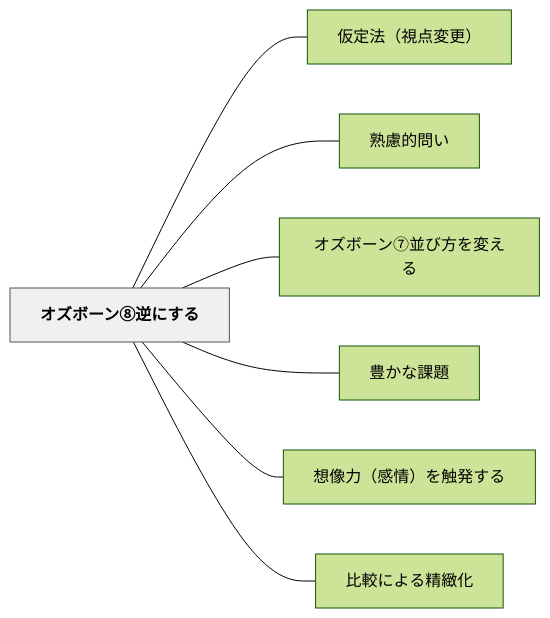
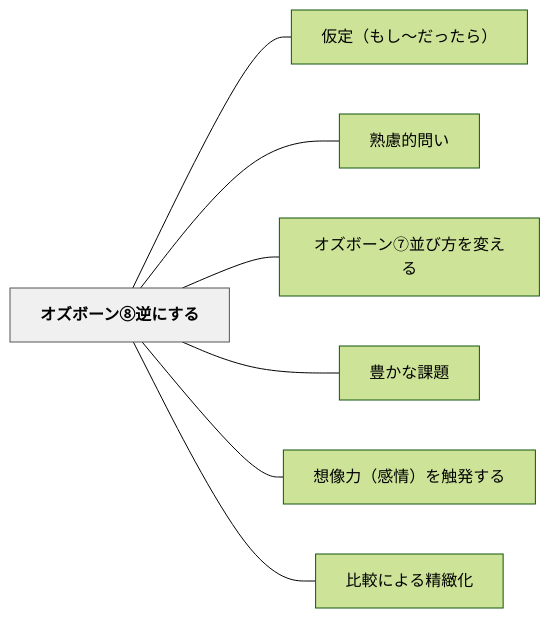
Before and after one commit to unknownthings-ed-patterns/unknownthings-ed-patterns: the diagram in content/パタン/オズボーン⑧逆にする.md, drawn with Mermaid (forest theme). The commit also changed other lines of this file and 16 other files, not shown here.

````diff
--- a/content/パタン/オズボーン⑧逆にする.md
+++ b/content/パタン/オズボーン⑧逆にする.md
@@ -50,20 +50,20 @@
 ```mermaid
 flowchart LR
     ne382aae382bae3839ce383bce383b3e291a7e98086e381abe38199e3828b["オズボーン⑧逆にする"]
-    ne4bbaee5ae9ae6b395efbc88e8a696e782b9e5a489e69bb4efbc89["仮定法（視点変更）"]
+    ne4bbaee5ae9aefbc88e38282e38197e3809ce381a0e381a3e3819fe38289efbc89["仮定（もし〜だったら）"]
     ne7869fe685aee79a84e5958fe38184["熟慮的問い"]
     ne382aae382bae3839ce383bce383b3e291a6e4b8a6e381b3e696b9e38292e5a489e38188e3828b["オズボーン⑦並び方を変える"]
     ne8b18ae3818be381aae8aab2e9a18c["豊かな課題"]
     ne683b3e5838fe58a9befbc88e6849fe68385efbc89e38292e8a7a6e799bae38199e3828b["想像力（感情）を触発する"]
     ne6af94e8bc83e381abe38288e3828be7b2bee7b7bbe58c96["比較による精緻化"]
 
-    ne382aae382bae3839ce383bce383b3e291a7e98086e381abe38199e3828b --- ne4bbaee5ae9ae6b395efbc88e8a696e782b9e5a489e69bb4efbc89
+    ne382aae382bae3839ce383bce383b3e291a7e98086e381abe38199e3828b --- ne4bbaee5ae9aefbc88e38282e38197e3809ce381a0e381a3e3819fe38289efbc89
     ne382aae382bae3839ce383bce383b3e291a7e98086e381abe38199e3828b --- ne7869fe685aee79a84e5958fe38184
     ne382aae382bae3839ce383bce383b3e291a7e98086e381abe38199e3828b --- ne382aae382bae3839ce383bce383b3e291a6e4b8a6e381b3e696b9e38292e5a489e38188e3828b
     ne382aae382bae3839ce383bce383b3e291a7e98086e381abe38199e3828b --- ne8b18ae3818be381aae8aab2e9a18c
     ne382aae382bae3839ce383bce383b3e291a7e98086e381abe38199e3828b --- ne683b3e5838fe58a9befbc88e6849fe68385efbc89e38292e8a7a6e799bae38199e3828b
     ne382aae382bae3839ce383bce383b3e291a7e98086e381abe38199e3828b --- ne6af94e8bc83e381abe38288e3828be7b2bee7b7bbe58c96
 
     classDef hub fill:#f0f0f0,stroke:#555,color:#000,font-weight:bold
     class ne382aae382bae3839ce383bce383b3e291a7e98086e381abe38199e3828b hub
 ```
````
